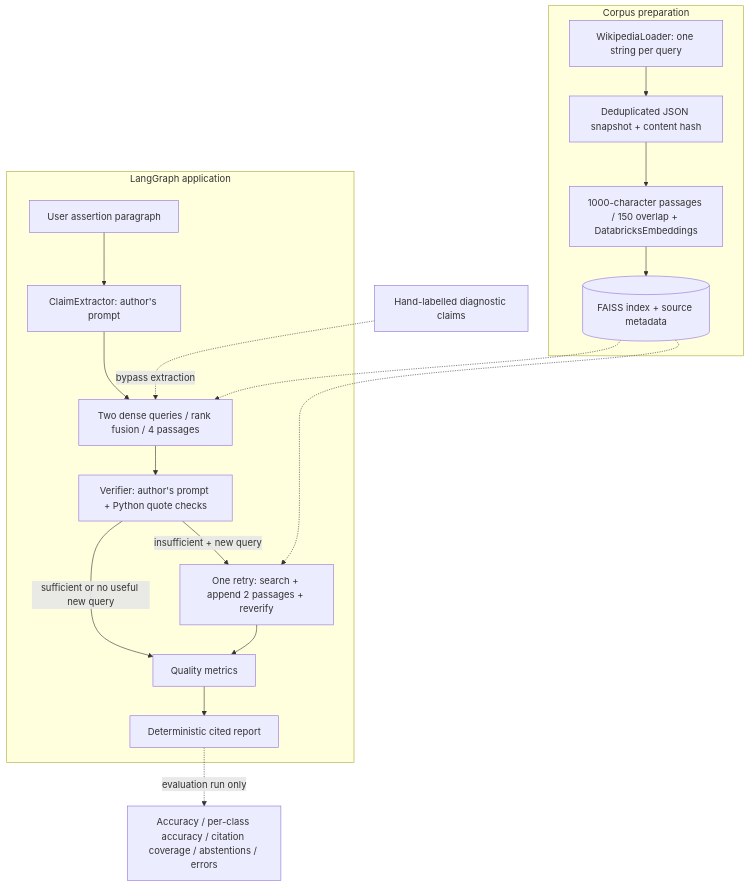
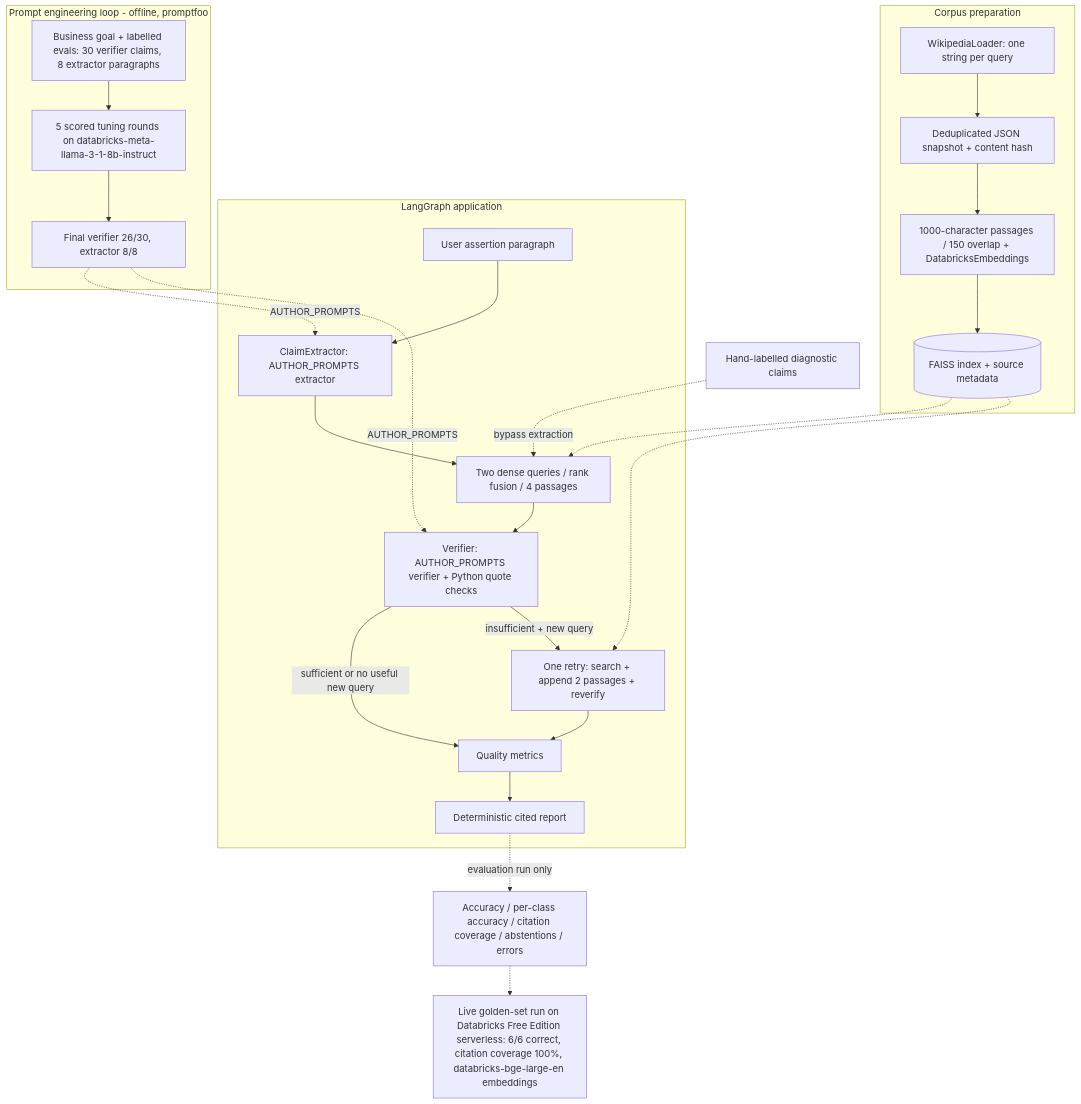
The diagram in output/crosscheck-architecture.mmd (alnutile/example-001), drawn with Mermaid before and after one commit. The commit also changed 6 other files, not shown here.

First line of the commit message:
Update reference architecture: promptfoo prompt loop and live Databricks result

```diff
--- a/output/crosscheck-architecture.mmd
+++ b/output/crosscheck-architecture.mmd
@@ -1,19 +1,26 @@
 flowchart TB
     subgraph Preparation[Corpus preparation]
       W[WikipediaLoader: one string per query] --> C[Deduplicated JSON snapshot + content hash]
       C --> E[1000-character passages / 150 overlap + DatabricksEmbeddings]
       E --> F[(FAISS index + source metadata)]
     end
     subgraph Application[LangGraph application]
-      I[User assertion paragraph] --> X[ClaimExtractor: author's prompt]
+      I[User assertion paragraph] --> X[ClaimExtractor: AUTHOR_PROMPTS extractor]
       X --> R[Two dense queries / rank fusion / 4 passages]
-      R --> V[Verifier: author's prompt + Python quote checks]
+      R --> V[Verifier: AUTHOR_PROMPTS verifier + Python quote checks]
       V -->|sufficient or no useful new query| M[Quality metrics]
       V -->|insufficient + new query| T[One retry: search + append 2 passages + reverify]
       T --> M
       M --> O[Deterministic cited report]
     end
     F -.-> R
     F -.-> T
     G[Hand-labelled diagnostic claims] -. bypass extraction .-> R
     O -. evaluation run only .-> A[Accuracy / per-class accuracy / citation coverage / abstentions / errors]
+    subgraph PromptLoop[Prompt engineering loop - offline, promptfoo]
+      P1[Business goal + labelled evals: 30 verifier claims, 8 extractor paragraphs] --> P2[5 scored tuning rounds on databricks-meta-llama-3-1-8b-instruct]
+      P2 --> P3[Final verifier 26/30, extractor 8/8]
+    end
+    P3 -. AUTHOR_PROMPTS .-> X
+    P3 -. AUTHOR_PROMPTS .-> V
+    A -.-> L[Live golden-set run on Databricks Free Edition serverless: 6/6 correct, citation coverage 100%, databricks-bge-large-en embeddings]
```
